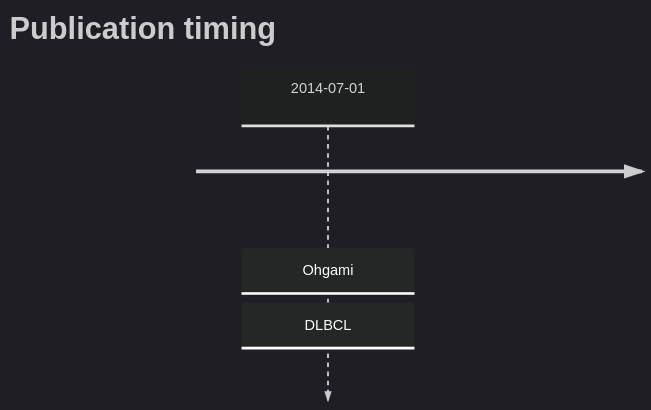
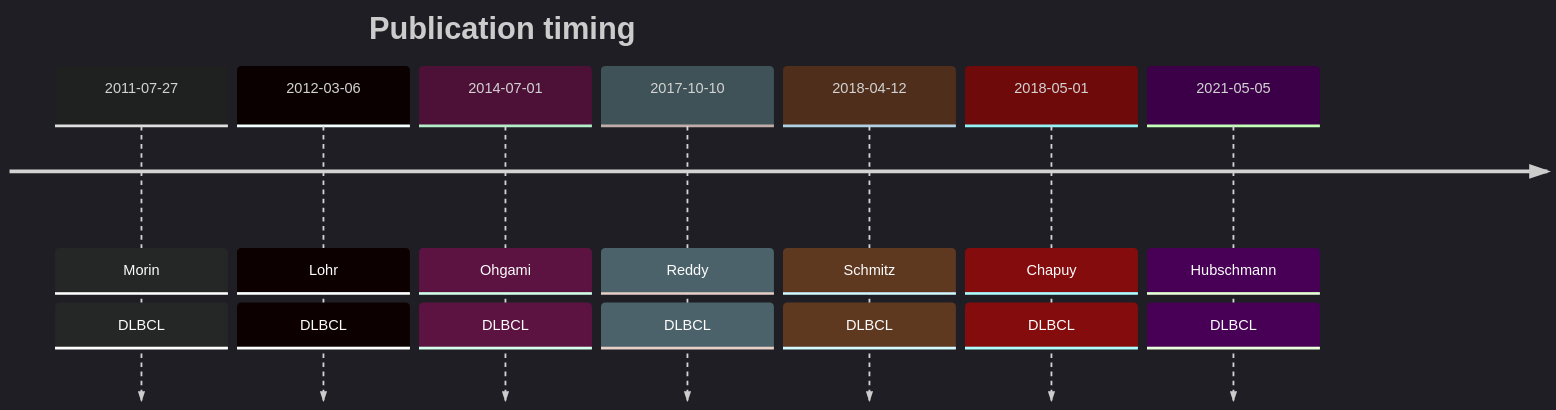
The diagram in STAT3.md (morinlab/lymphopedia), drawn with Mermaid before and after one commit. The commit also changed other lines of this file, not shown here.

Commit message:
update tables

````diff
--- a/STAT3.md
+++ b/STAT3.md
@@ -11,6 +11,12 @@
 ```mermaid
 %%{init: { 'logLevel': 'debug', 'theme': 'dark' } }%%
 timeline
     title Publication timing
+2011-07-27 : Morin : DLBCL
+2012-03-06 : Lohr : DLBCL
       2014-07-01 : Ohgami : DLBCL
+2017-10-10 : Reddy : DLBCL
+2018-04-12 : Schmitz : DLBCL
+2018-05-01 : Chapuy : DLBCL
+2021-05-05 : Hubschmann : DLBCL
 ```
````
